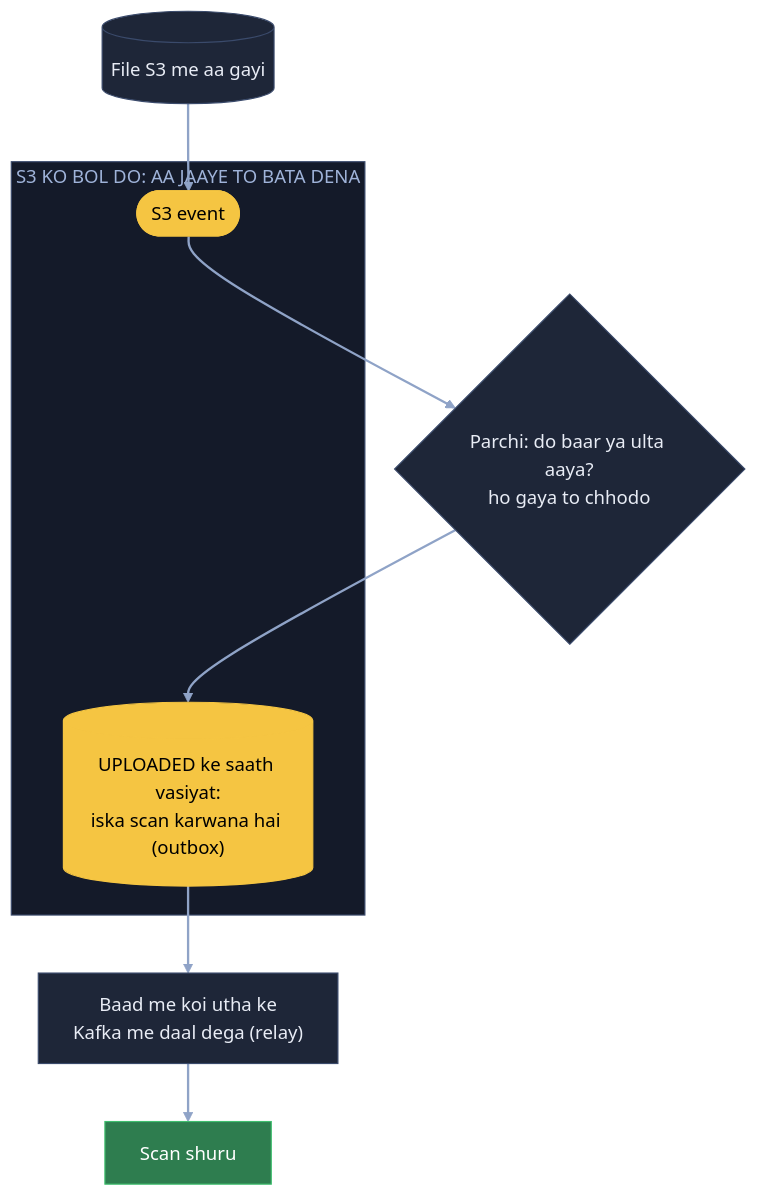
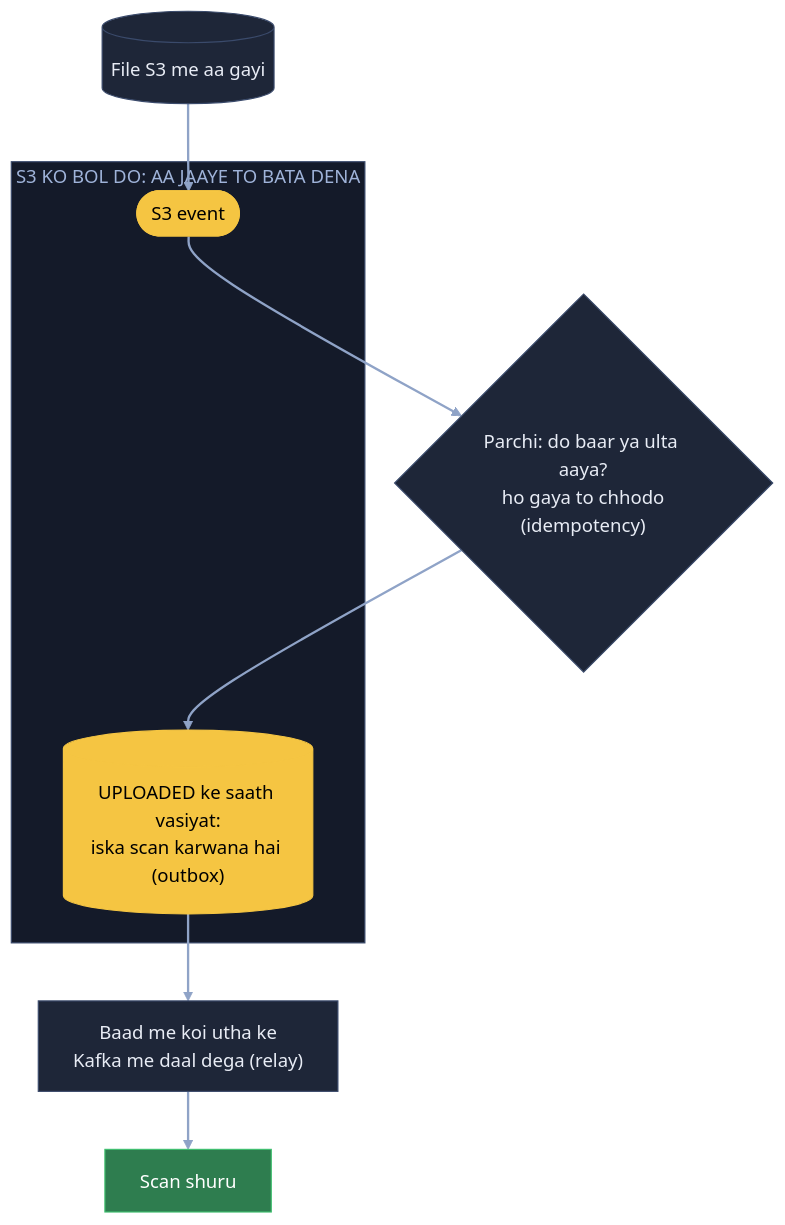
One commit to ArpanMaheshwari144/Prep changed the fourth of 10 diagrams in 04_HLD/SYSTEM_DESIGNS/07_file_upload_validate_system/07_file_upload.md. Above: the diagram before and after it, drawn with Mermaid (neutral theme). The commit also changed other lines of this file and 22 other files, not shown here.

Commit message:
Diagram: sirf kahani ke dohraaye shabd pe bracket, us jagah notes wala matlab (207 label)

````diff
--- a/04_HLD/SYSTEM_DESIGNS/07_file_upload_validate_system/07_file_upload.md
+++ b/04_HLD/SYSTEM_DESIGNS/07_file_upload_validate_system/07_file_upload.md
@@ -210,22 +210,22 @@
 ```mermaid
 flowchart TB
     S3[("File S3 me aa gayi")]:::card
     subgraph SB["S3 KO BOL DO: AA JAAYE TO BATA DENA"]
         E(["S3 event"]):::pill
         V[("UPLOADED ke saath vasiyat:<br/>iska scan karwana hai (outbox)")]:::pill
     end
     R["Baad me koi utha ke<br/>Kafka me daal dega (relay)"]:::card
-    P{"Parchi: do baar ya ulta aaya?<br/>ho gaya to chhodo"}:::card
+    P{"Parchi: do baar ya ulta aaya?<br/>ho gaya to chhodo<br/>(idempotency)"}:::card
     W["Scan shuru"]:::good
     S3 --> E
     E --> P
     P --> V
     V --> R
     R --> W
     linkStyle default stroke:#8fa3c7,stroke-width:2px
     classDef card fill:#1e2638,stroke:#3a4a6b,color:#e8ecf5
     classDef pill fill:#f5c542,stroke:#f5c542,color:#000
     classDef good fill:#2e7d4f,stroke:#3fbf6f,color:#fff
     classDef bad fill:#5c1f24,stroke:#e05561,color:#fff
     style SB fill:#141a29,stroke:#3a4a6b,color:#9fb3d9
 ```
````
